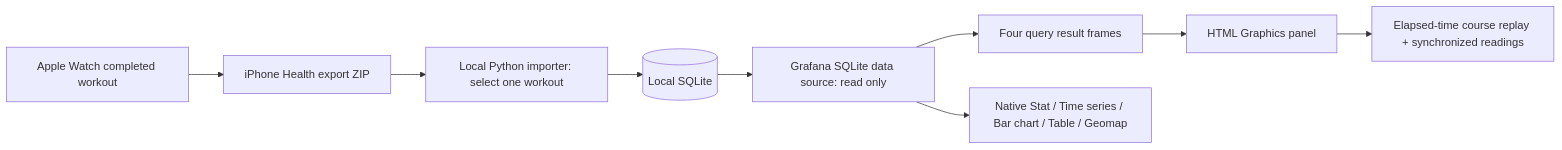
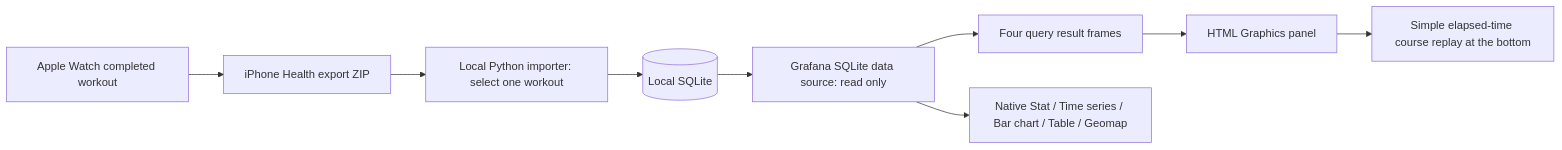
Before and after one commit to sivalinb/burro-race-replay: the diagram in README.md, drawn with Mermaid. The commit also changed other lines of this file and 12 other files, not shown here.

First line of the commit message:
Put native analysis first and simplify the course replay

````diff
--- a/README.md
+++ b/README.md
@@ -96,11 +102,11 @@
 ```mermaid
 flowchart LR
     Watch[Apple Watch completed workout] --> Health[iPhone Health export ZIP]
     Health --> Parser[Local Python importer: select one workout]
     Parser --> DB[(Local SQLite)]
     DB --> Source[Grafana SQLite data source: read only]
     Source --> Frames[Four query result frames]
     Frames --> Panel[HTML Graphics panel]
     Source --> Native[Native Stat / Time series / Bar chart / Table / Geomap]
-    Panel --> Replay[Elapsed-time course replay + synchronized readings]
+    Panel --> Replay[Simple elapsed-time course replay at the bottom]
 ```
````
